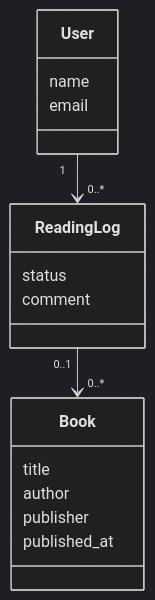
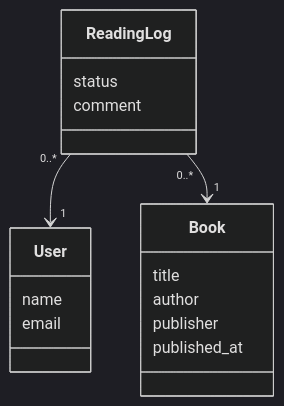
The diagram in concepts/architecture/bookshelf.md (maimux2x/til), drawn with Mermaid (dark theme) before and after one commit.

````diff
--- a/concepts/architecture/bookshelf.md
+++ b/concepts/architecture/bookshelf.md
@@ -1,22 +1,22 @@
 ```mermaid
 classDiagram
     class Book {
         title
         author
         publisher
         published_at
     }
 
     class ReadingLog {
         status
         comment
     }
 
     class User {
         name
         email
     }
 
-    User "1" --> "0..*" ReadingLog
-    ReadingLog "0..1" --> "0..*" Book
+    ReadingLog "0..*" --> "1" User
+    ReadingLog "0..*" --> "1" Book
 ```
````
